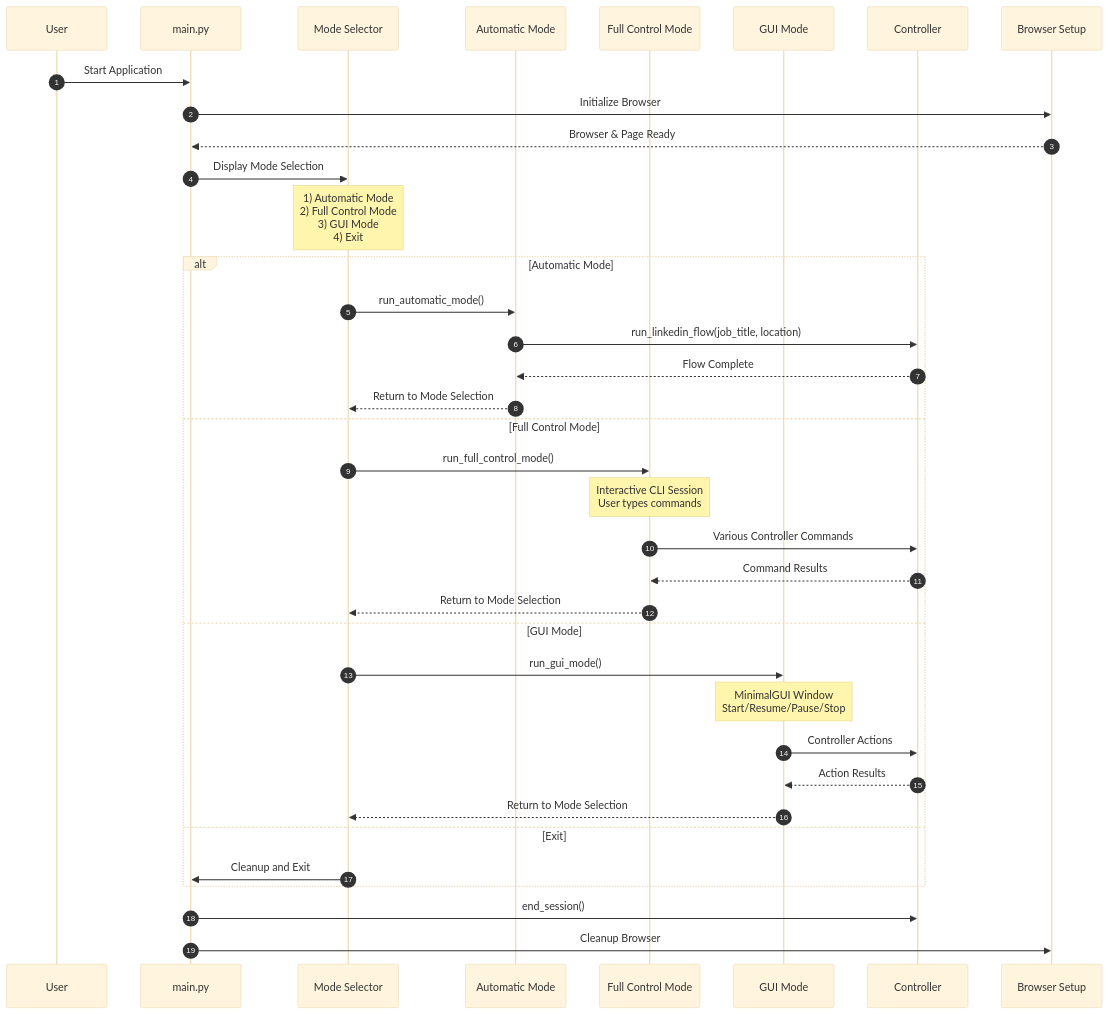
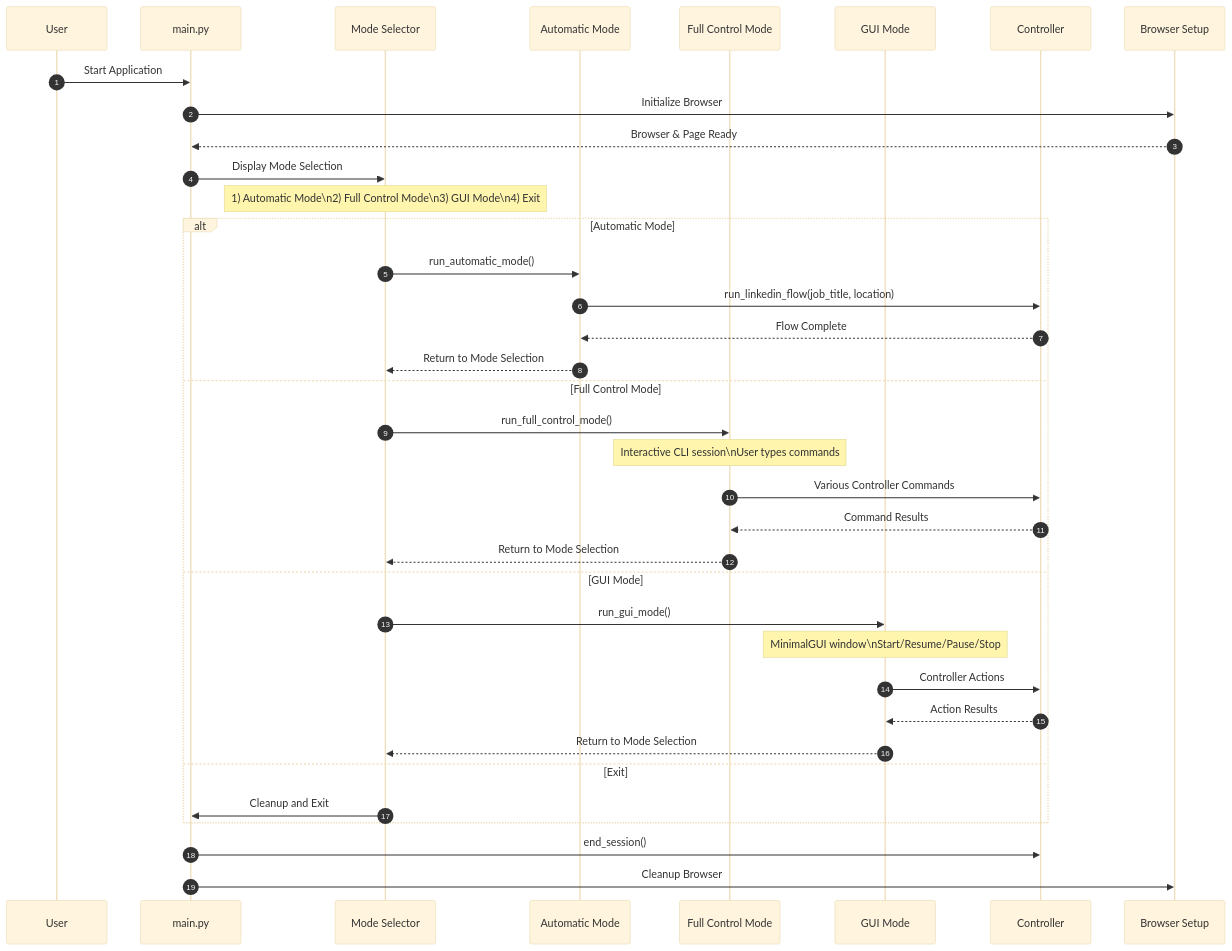
The third of 3 diagrams in ARCHITECTURE.md (ZouhairMudakka/Autonomous-Job-Seeker), drawn with Mermaid (base theme) before and after one commit.

Commit message:
docs(architecture): add sequence diagram for LinkedIn flow
- Add detailed sequence diagram showing:
  - User interaction flow
  - Controller coordination
  - Agent interactions
  - Task management
  - Logging sequence
  - CAPTCHA/login handling
  - Form filling process

Part of architecture documentation (#issue_number)

````diff
--- a/ARCHITECTURE.md
+++ b/ARCHITECTURE.md
@@ -81,43 +81,43 @@
 ```mermaid
 sequenceDiagram
     autonumber
     participant User
     participant Main as main.py
     participant Mode as Mode Selector
     participant Auto as Automatic Mode
     participant CLI as Full Control Mode
     participant GUI as GUI Mode
     participant C as Controller
     participant B as Browser Setup
 
     User->>Main: Start Application
     Main->>B: Initialize Browser
     B-->>Main: Browser & Page Ready
-    
+
     Main->>Mode: Display Mode Selection
-    note over Mode: 1) Automatic Mode<br>2) Full Control Mode<br>3) GUI Mode<br>4) Exit
-    
+    note over Mode: 1) Automatic Mode\n2) Full Control Mode\n3) GUI Mode\n4) Exit
+
     alt Automatic Mode
         Mode->>Auto: run_automatic_mode()
         Auto->>C: run_linkedin_flow(job_title, location)
         C-->>Auto: Flow Complete
         Auto-->>Mode: Return to Mode Selection
     else Full Control Mode
         Mode->>CLI: run_full_control_mode()
-        note over CLI: Interactive CLI Session<br>User types commands
+        note over CLI: Interactive CLI session\nUser types commands
         CLI->>C: Various Controller Commands
         C-->>CLI: Command Results
         CLI-->>Mode: Return to Mode Selection
     else GUI Mode
         Mode->>GUI: run_gui_mode()
-        note over GUI: MinimalGUI Window<br>Start/Resume/Pause/Stop
+        note over GUI: MinimalGUI window\nStart/Resume/Pause/Stop
         GUI->>C: Controller Actions
         C-->>GUI: Action Results
         GUI-->>Mode: Return to Mode Selection
     else Exit
         Mode->>Main: Cleanup and Exit
     end
 
     Main->>C: end_session()
     Main->>B: Cleanup Browser
 ```
````
